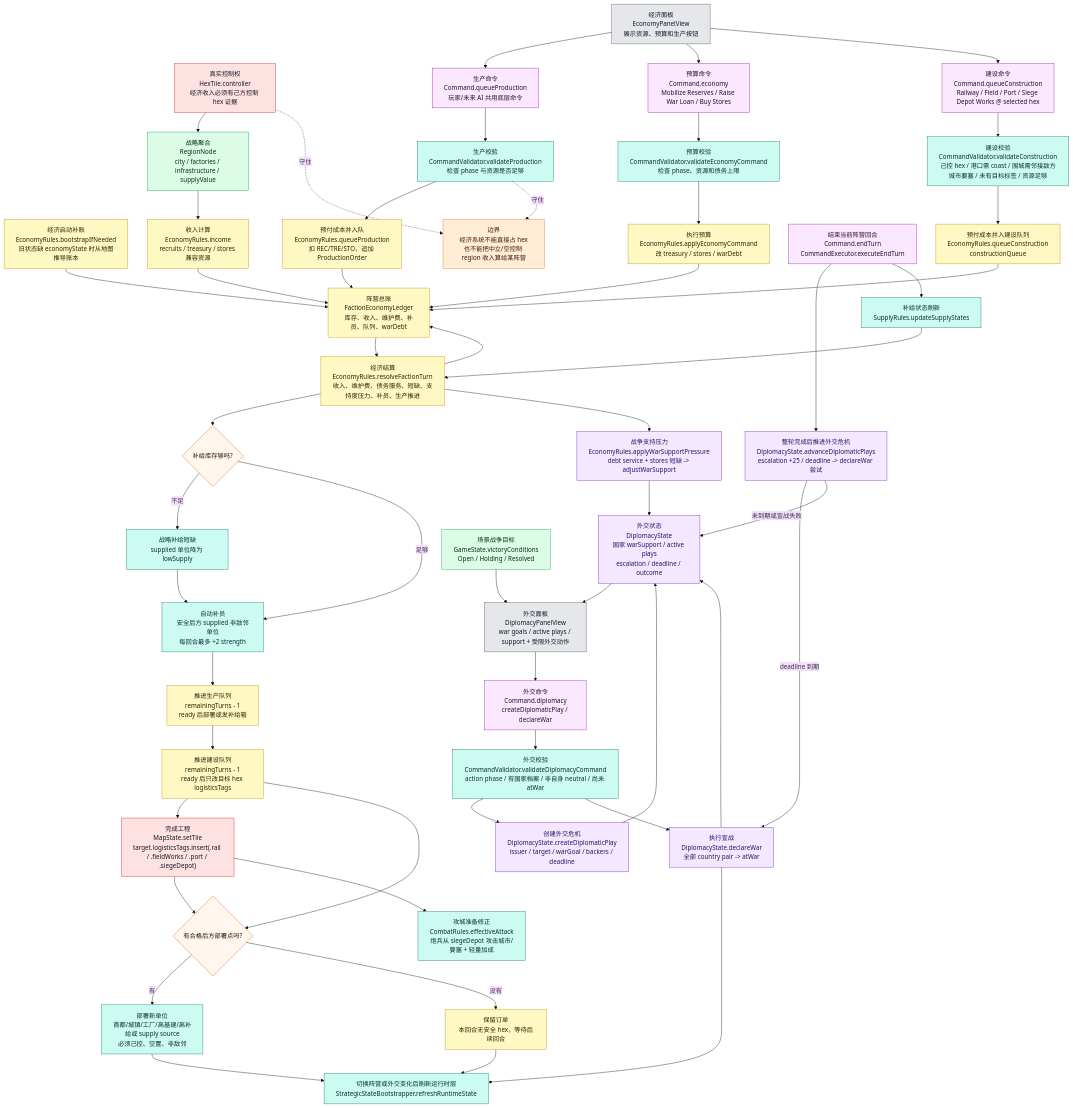
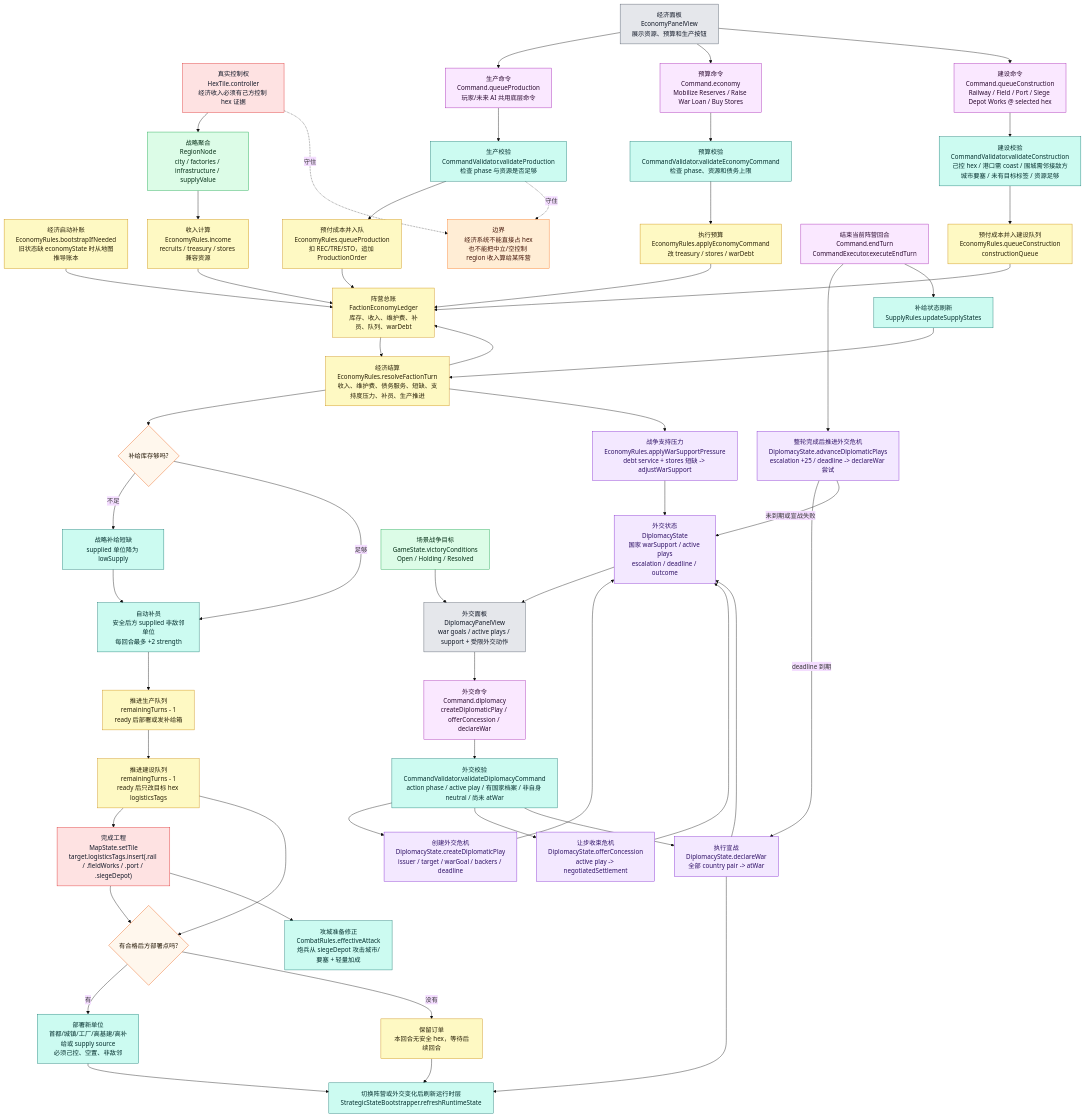
Before and after one commit to Altman-sam114/126: the fourth of 9 diagrams in md/flow/flowchart.md, drawn with Mermaid (base theme). The commit also changed other lines of this file and 13 other files, not shown here.

Commit message:
feat(diplomacy): settle diplomatic plays

```diff
--- a/md/flow/flowchart.md
+++ b/md/flow/flowchart.md
@@ -223,9 +223,10 @@
     BLDVALID["建设校验<br/>CommandValidator.validateConstruction<br/>己控 hex / 港口需 coast / 围城需邻接敌方城市要塞 / 未有目标标签 / 资源足够"]:::rules
     BLDQUEUE["预付成本并入建设队列<br/>EconomyRules.queueConstruction<br/>constructionQueue"]:::economy
     DIP["外交状态<br/>DiplomacyState<br/>国家 warSupport / active plays<br/>escalation / deadline / outcome"]:::diplomacy
-    DIPCMD["外交命令<br/>Command.diplomacy<br/>createDiplomaticPlay / declareWar"]:::command
-    DIPVALID["外交校验<br/>CommandValidator.validateDiplomacyCommand<br/>action phase / 有国家档案 / 非自身 neutral / 尚未 atWar"]:::rules
+    DIPCMD["外交命令<br/>Command.diplomacy<br/>createDiplomaticPlay / offerConcession / declareWar"]:::command
+    DIPVALID["外交校验<br/>CommandValidator.validateDiplomacyCommand<br/>action phase / active play / 有国家档案 / 非自身 neutral / 尚未 atWar"]:::rules
     DIPPLAY["创建外交危机<br/>DiplomacyState.createDiplomaticPlay<br/>issuer / target / warGoal / backers / deadline"]:::diplomacy
+    DIPSETTLE["让步收束危机<br/>DiplomacyState.offerConcession<br/>active play -> negotiatedSettlement"]:::diplomacy
     DIPADV["整轮完成后推进外交危机<br/>DiplomacyState.advanceDiplomaticPlays<br/>escalation +25 / deadline -> declareWar 尝试"]:::diplomacy
     DIPAPPLY["执行宣战<br/>DiplomacyState.declareWar<br/>全部 country pair -> atWar"]:::diplomacy
 
@@ -255,6 +256,7 @@
     DIPUI --> DIPCMD
     DIPCMD --> DIPVALID
     DIPVALID --> DIPPLAY --> DIP
+    DIPVALID --> DIPSETTLE --> DIP
     DIPVALID --> DIPAPPLY --> DIP
     DIPAPPLY --> NEXT
     END --> DIPADV
```
